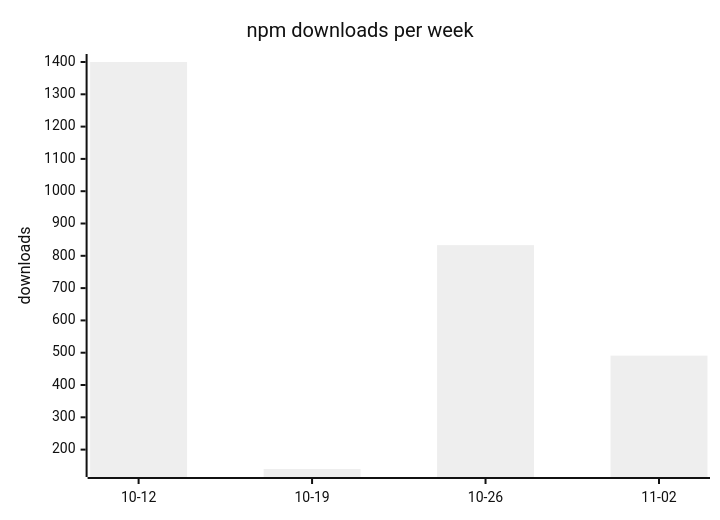
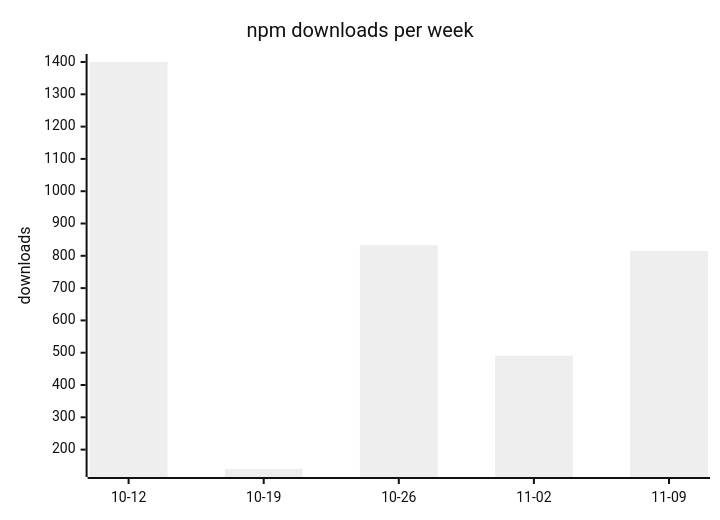
Before and after one commit to andredelgado/continente-mcp: the diagram in README.md, drawn with Mermaid (neutral theme). The commit also changed other lines of this file and 3 other files, not shown here.

````diff
--- a/README.md
+++ b/README.md
@@ -15,7 +15,7 @@
 ```mermaid
 xychart-beta
   title "npm downloads per week"
-  x-axis ["10-12", "10-19", "10-26", "11-02"]
+  x-axis ["10-12", "10-19", "10-26", "11-02", "11-09"]
   y-axis "downloads"
-  bar [1400, 140, 833, 491]
+  bar [1400, 140, 833, 491, 815]
 ```
````
